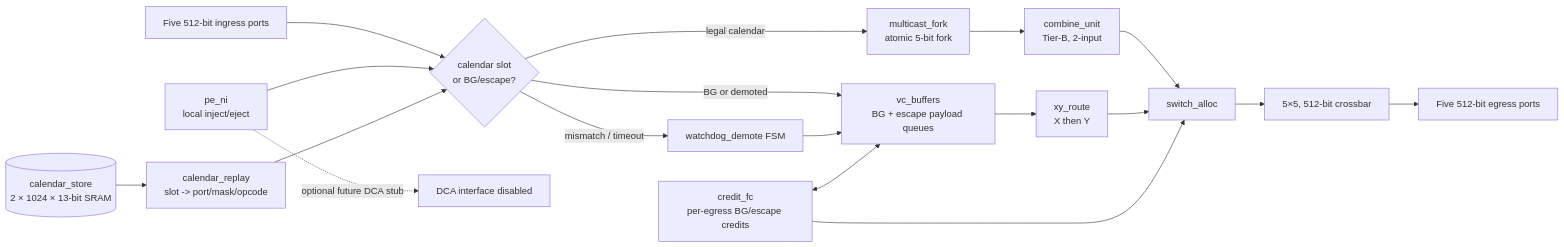
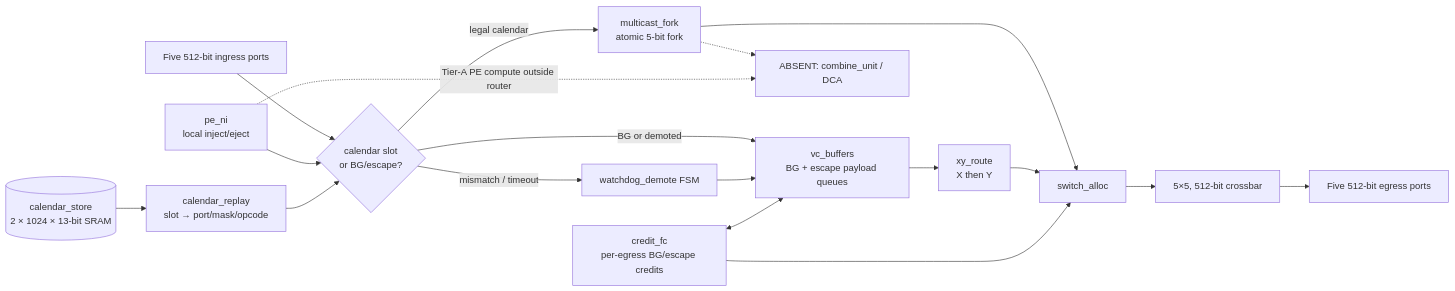
One commit to lukebest/booksim2 changed the diagram in docs/phase-2-architecture/architecture.md. Above: the diagram before and after it, drawn with Mermaid. The commit also changed other lines of this file and 57 other files, not shown here.

First line of the commit message:
dse: Trial 2 Arch-A2 NoCombine — area cut + diagrams

````diff
--- a/docs/phase-2-architecture/architecture.md
+++ b/docs/phase-2-architecture/architecture.md
@@ -19,21 +22,22 @@
 ```mermaid
 flowchart LR
-  mesh_in[Five 512-bit ingress ports] --> classify{calendar slot\nor BG/escape?}
-  pe_ni[pe_ni\nlocal inject/eject] --> classify
-  calendar_store[(calendar_store\n2 × 1024 × 13-bit SRAM)]
-  calendar_store --> calendar_replay[calendar_replay\nslot -> port/mask/opcode]
+  mesh_in[Five 512-bit ingress ports] --> classify{calendar slot<br/>or BG/escape?}
+  pe_ni[pe_ni<br/>local inject/eject] --> classify
+  calendar_store[(calendar_store<br/>2 × 1024 × 13-bit SRAM)]
+  calendar_store --> calendar_replay[calendar_replay<br/>slot → port/mask/opcode]
   calendar_replay --> classify
-  classify -->|legal calendar| multicast_fork[multicast_fork\natomic 5-bit fork]
-  multicast_fork --> combine_unit[combine_unit\nTier-B, 2-input]
-  combine_unit --> switch_alloc[switch_alloc]
-  classify -->|BG or demoted| vc_buffers[vc_buffers\nBG + escape payload queues]
-  vc_buffers --> xy_route[xy_route\nX then Y]
+  classify -->|legal calendar| multicast_fork[multicast_fork<br/>atomic 5-bit fork]
+  multicast_fork --> switch_alloc[switch_alloc]
+  classify -->|BG or demoted| vc_buffers[vc_buffers<br/>BG + escape payload queues]
+  vc_buffers --> xy_route[xy_route<br/>X then Y]
   xy_route --> switch_alloc
   classify -->|mismatch / timeout| watchdog_demote[watchdog_demote FSM]
   watchdog_demote --> vc_buffers
   switch_alloc --> crossbar[5×5, 512-bit crossbar]
   crossbar --> mesh_out[Five 512-bit egress ports]
-  credit_fc[credit_fc\nper-egress BG/escape credits] <--> vc_buffers
+  credit_fc[credit_fc<br/>per-egress BG/escape credits] <--> vc_buffers
   credit_fc --> switch_alloc
-  pe_ni -. optional future DCA stub .-> dca_stub[DCA interface disabled]
+  absent[ABSENT: combine_unit / DCA]
+  multicast_fork -.-> absent
+  pe_ni -.->|Tier-A PE compute outside router| absent
 ```
````
